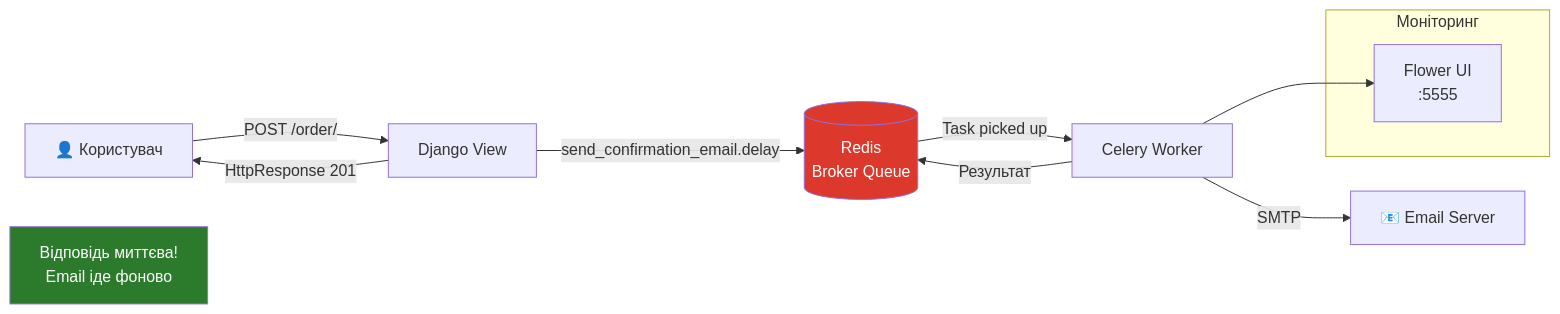
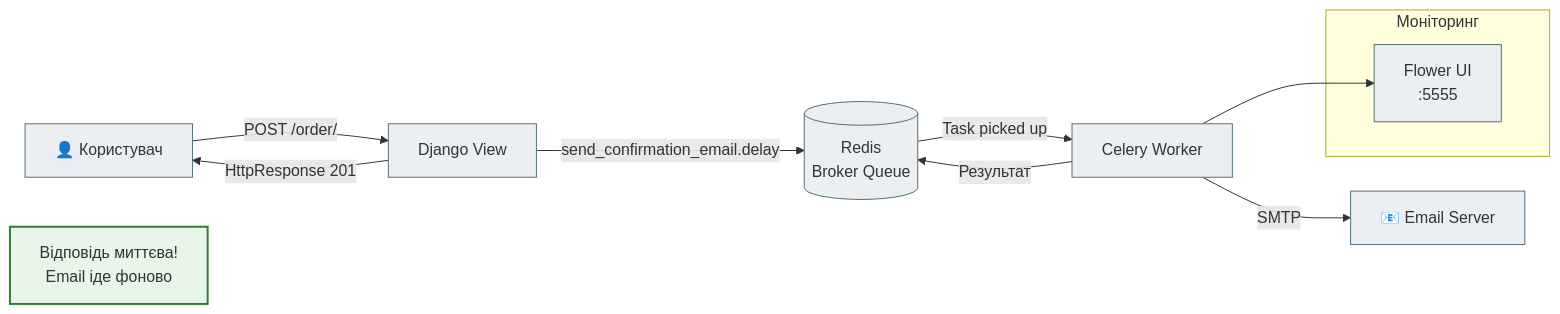
Diagram 15 of 19 in docs/02_django_core/django_mermaid_full.md (NikoriakViktot/notes_chat_app), drawn with Mermaid before and after one commit. The commit also changed other lines of this file and 441 other files, not shown here.

First line of the commit message:
Add English version of the book, Mermaid standard, docs fixes

````diff
--- a/docs/02_django_core/django_mermaid_full.md
+++ b/docs/02_django_core/django_mermaid_full.md
@@ -438,21 +472,23 @@
 ```mermaid
 graph LR
     User[👤 Користувач] -->|POST /order/| DjangoView[Django View]
     
-    DjangoView -->|send_confirmation_email.delay| Redis[(Redis\nBroker Queue)]
+    DjangoView -->|send_confirmation_email.delay| Redis[("Redis<br>Broker Queue")]
     DjangoView -->|HttpResponse 201| User
-    Note1[Відповідь миттєва!\nEmail іде фоново]
+    Note1["Відповідь миттєва!<br>Email іде фоново"]
     
     Redis -->|Task picked up| CeleryW[Celery Worker]
     CeleryW -->|SMTP| Email[📧 Email Server]
     CeleryW -->|Результат| Redis
 
     subgraph Моніторинг
-        Flower[Flower UI\n:5555]
+        Flower["Flower UI<br>:5555"]
     end
     
     CeleryW --> Flower
-    
-    style Redis fill:#dc382c,color:#fff
-    style Note1 fill:#2C7A2C,color:#fff
+
+    classDef step     fill:#eceff1,stroke:#546e7a,stroke-width:1px;
+    classDef success  fill:#e8f5e9,stroke:#2e7d32,stroke-width:2px;
+    class User,DjangoView,Redis,CeleryW,Email,Flower step;
+    class Note1 success;
 ```
````
